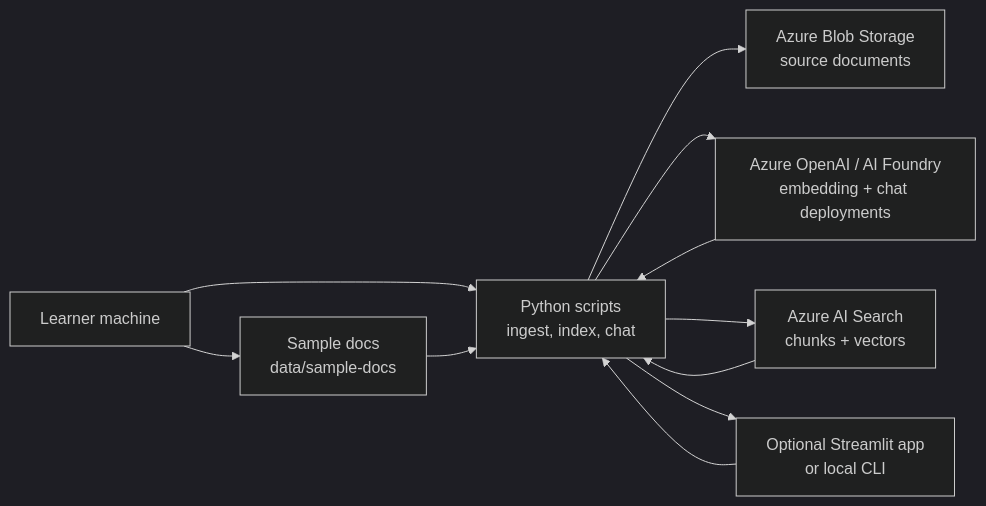
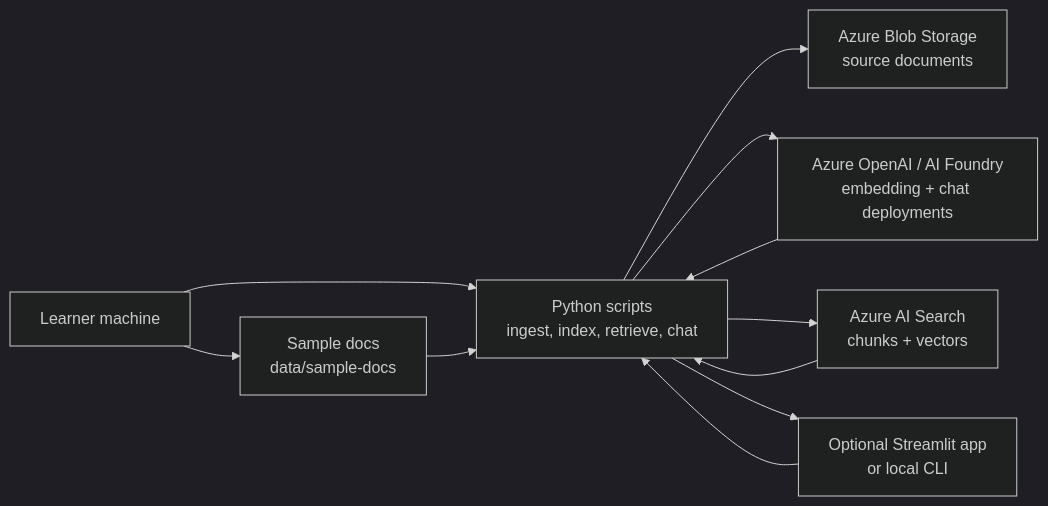
One commit to MLGonzo/ai-rag-azure changed the diagram in docs/00-architecture.md. Above: the diagram before and after it, drawn with Mermaid (dark theme). The commit also changed other lines of this file and 6 other files, not shown here.

````diff
--- a/docs/00-architecture.md
+++ b/docs/00-architecture.md
@@ -40,21 +40,21 @@
 ```mermaid
 flowchart LR
     learner["Learner machine"]
     docs["Sample docs<br/>data/sample-docs"]
-    scripts["Python scripts<br/>ingest, index, chat"]
+    scripts["Python scripts<br/>ingest, index, retrieve, chat"]
     blob["Azure Blob Storage<br/>source documents"]
     search["Azure AI Search<br/>chunks + vectors"]
     openai["Azure OpenAI / AI Foundry<br/>embedding + chat deployments"]
     app["Optional Streamlit app<br/>or local CLI"]
 
     learner --> docs
     learner --> scripts
     docs --> scripts
     scripts --> blob
     scripts --> openai
     scripts --> search
     app --> scripts
     scripts --> app
     search --> scripts
     openai --> scripts
 ```
````
